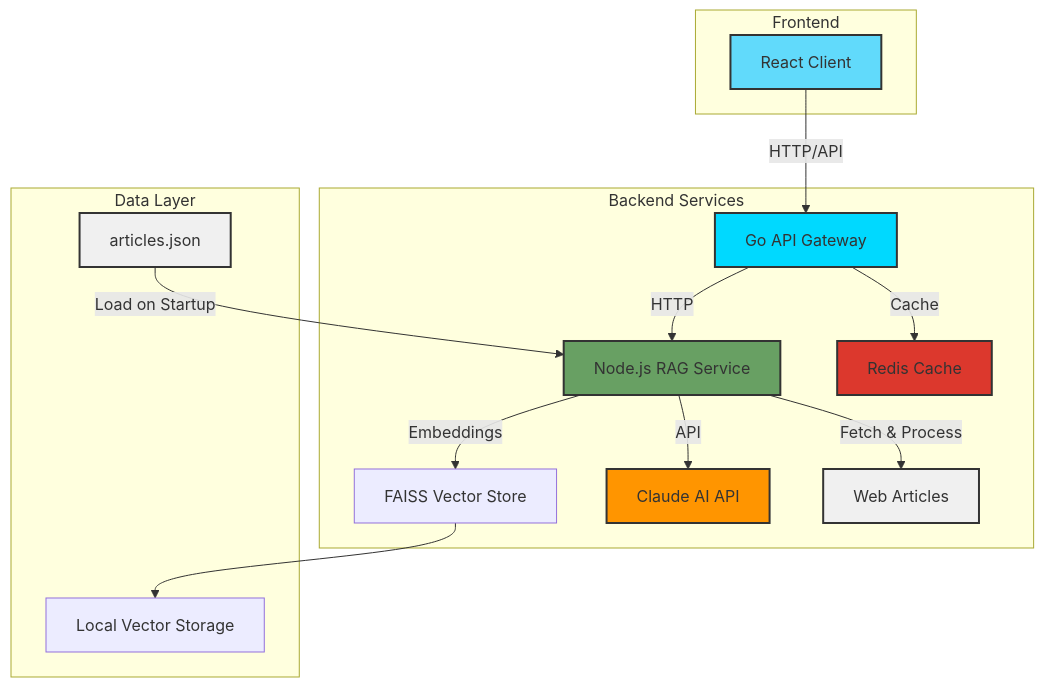
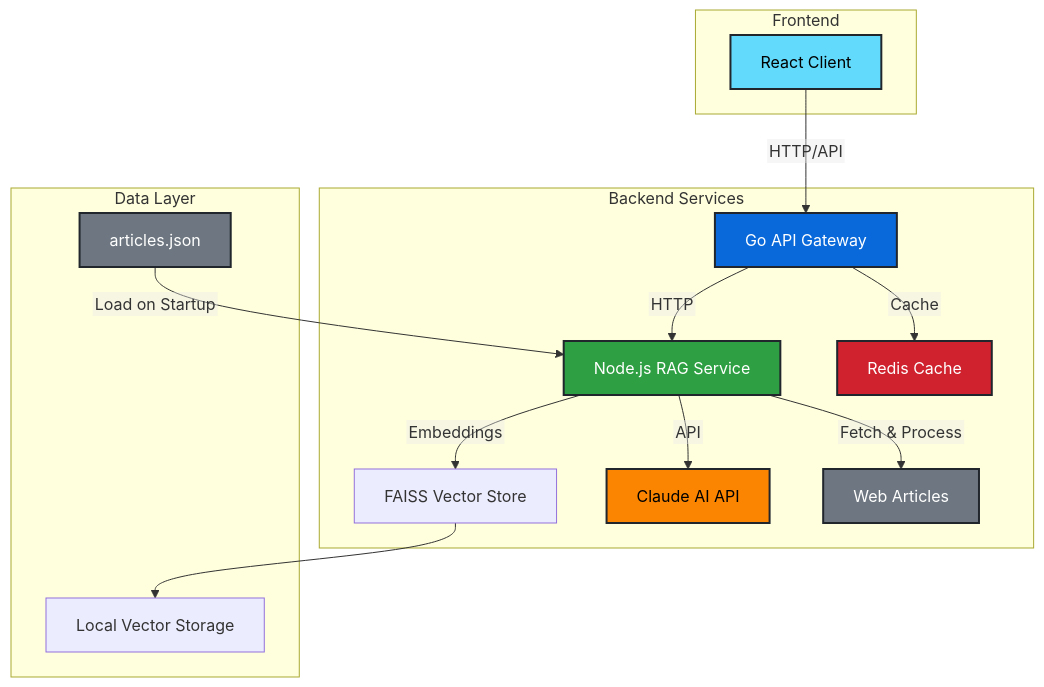
Before and after one commit to Danor93/Articles-Chat: the diagram in README.md, drawn with Mermaid.

Commit message:
feat: Update mermaid diagram styles for improved visibility and clarity in README.md

````diff
--- a/README.md
+++ b/README.md
@@ -9,33 +9,34 @@
 ```mermaid
+%%{init: {'flowchart': {'htmlLabels': false}, 'securityLevel': 'loose'}}%%
 graph TD
     subgraph "Frontend"
         A[React Client]
     end
 
     A --> |HTTP/API| B
 
     subgraph "Backend Services"
         B[Go API Gateway]
         B --> |HTTP| C
         B --> |Cache| D[Redis Cache]
         C[Node.js RAG Service]
         C --> |Embeddings| E[FAISS Vector Store]
         C --> |API| F[Claude AI API]
         C --> |Fetch & Process| G[Web Articles]
     end
 
     subgraph "Data Layer"
         E --> H[Local Vector Storage]
         I[articles.json]
     end
 
     I --> |Load on Startup| C
 
-    style A fill:#61dafb,stroke:#333,stroke-width:2px
-    style B fill:#00d9ff,stroke:#333,stroke-width:2px
-    style C fill:#68a063,stroke:#333,stroke-width:2px
-    style D fill:#dc382d,stroke:#333,stroke-width:2px
-    style F fill:#ff9500,stroke:#333,stroke-width:2px
-    style G fill:#f0f0f0,stroke:#333,stroke-width:2px
-    style I fill:#f0f0f0,stroke:#333,stroke-width:2px
+    style A fill:#61dafb,stroke:#21262d,stroke-width:2px,color:#000
+    style B fill:#0969da,stroke:#21262d,stroke-width:2px,color:#fff
+    style C fill:#2ea043,stroke:#21262d,stroke-width:2px,color:#fff
+    style D fill:#cf222e,stroke:#21262d,stroke-width:2px,color:#fff
+    style F fill:#fb8500,stroke:#21262d,stroke-width:2px,color:#000
+    style G fill:#6e7781,stroke:#21262d,stroke-width:2px,color:#fff
+    style I fill:#6e7781,stroke:#21262d,stroke-width:2px,color:#fff
 ```
````
